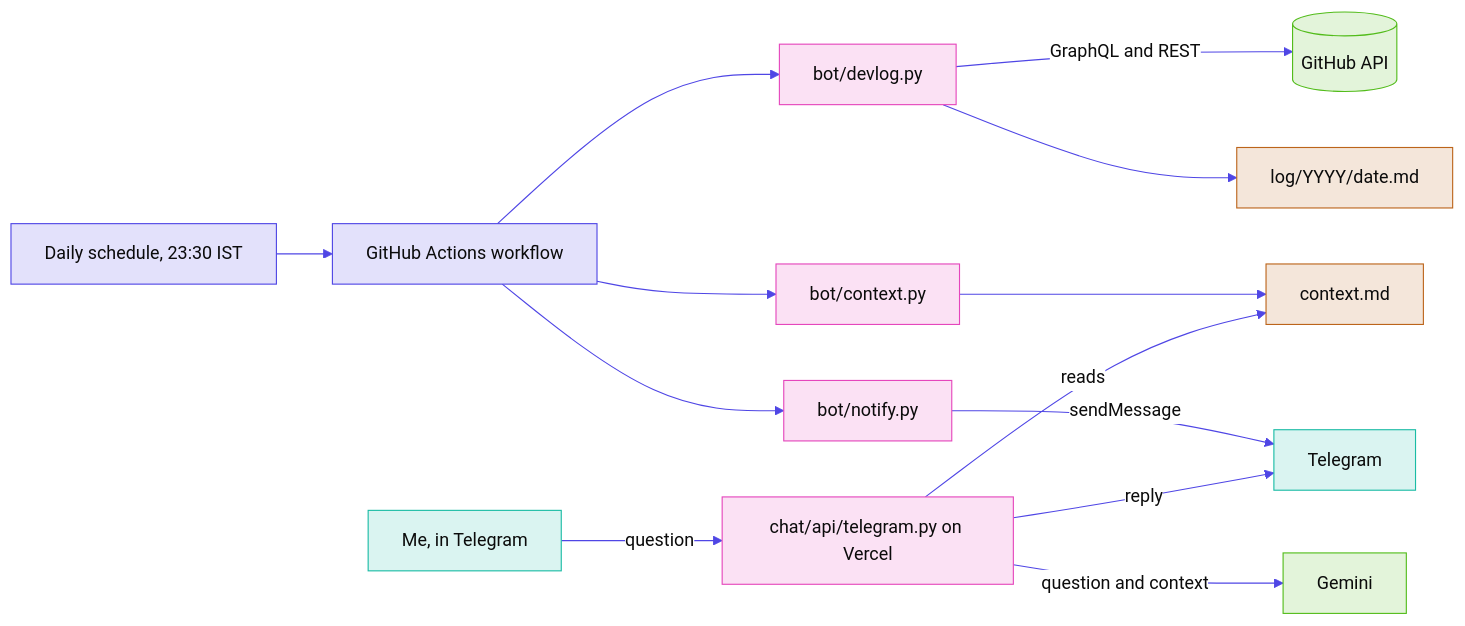
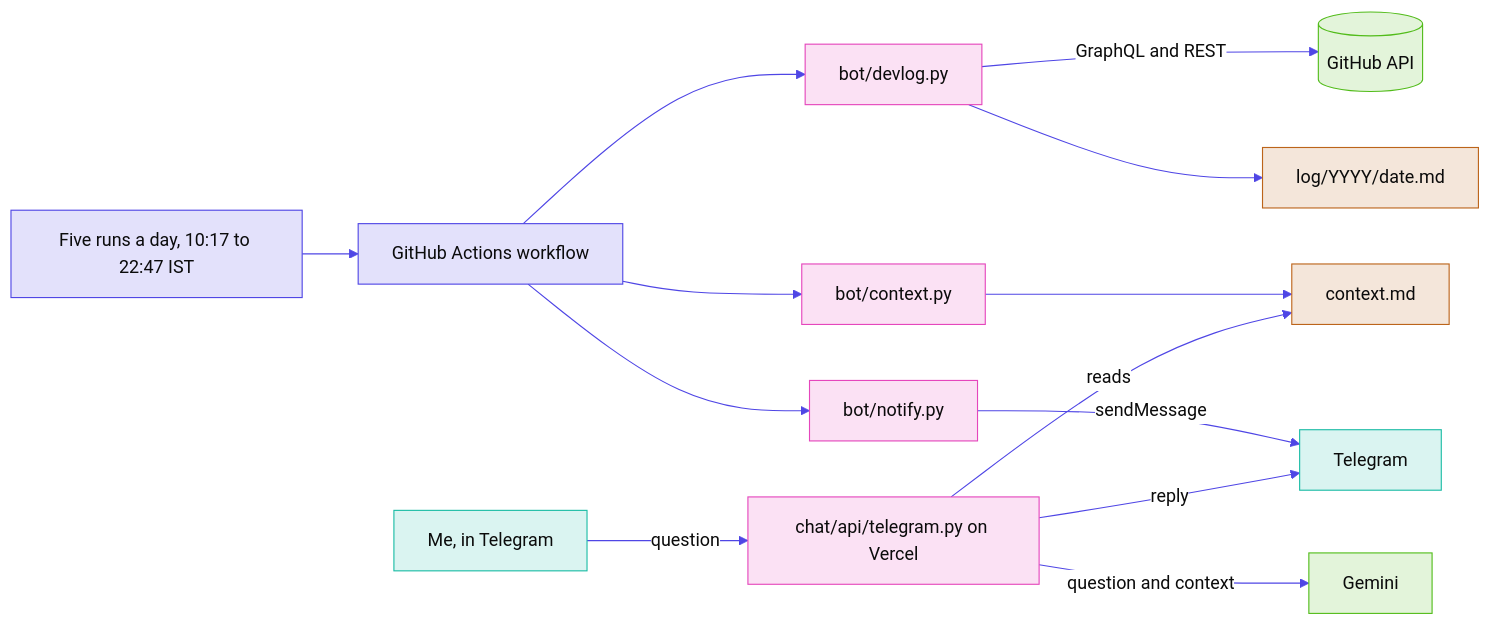
The diagram in README.md (divyanshjoshii/dev-log), drawn with Mermaid before and after one commit. The commit also changed other lines of this file and 6 other files, not shown here.

Commit message:
Run five times a day so a late run cannot miss the day

````diff
--- a/README.md
+++ b/README.md
@@ -31,22 +31,22 @@
 ```mermaid
 %%{init: {"theme":"base","themeVariables":{"background":"#FFFFFF","primaryColor":"#FFFFFF","primaryTextColor":"#0B0B0B","primaryBorderColor":"#4F46E5","lineColor":"#4F46E5","secondaryColor":"#EAE9FC","tertiaryColor":"#FFFFFF","textColor":"#0B0B0B","edgeLabelBackground":"#FFFFFF","clusterBkg":"#FFFFFF","clusterBorder":"#CECECE"}}}%%
 %% palette 97d170e1
 flowchart LR
-    cron["Daily schedule, 23:30 IST"]:::role1 --> wf["GitHub Actions workflow"]:::role1
+    cron["Five runs a day, 10:17 to 22:47 IST"]:::role1 --> wf["GitHub Actions workflow"]:::role1
     wf --> dl["bot/devlog.py"]:::role2
     dl -->|"GraphQL and REST"| gh[("GitHub API")]:::role4
     dl --> log["log/YYYY/date.md"]:::role3
     wf --> ctx["bot/context.py"]:::role2
     ctx --> ctxf["context.md"]:::role3
     wf --> nt["bot/notify.py"]:::role2
     nt -->|"sendMessage"| tg["Telegram"]:::role5
     you["Me, in Telegram"]:::role5 -->|"question"| vf["chat/api/telegram.py on Vercel"]:::role2
     vf -->|"reads"| ctxf
     vf -->|"question and context"| gm["Gemini"]:::role4
     vf -->|"reply"| tg
     classDef role1 fill:#E3E1FB,stroke:#4F46E5,color:#0B0B0B
     classDef role2 fill:#FBE1F4,stroke:#E546BC,color:#0B0B0B
     classDef role3 fill:#F4E6DA,stroke:#BC641A,color:#0B0B0B
     classDef role4 fill:#E3F4DA,stroke:#52BC1A,color:#0B0B0B
     classDef role5 fill:#DAF4F1,stroke:#1ABCA5,color:#0B0B0B
 ```
````
